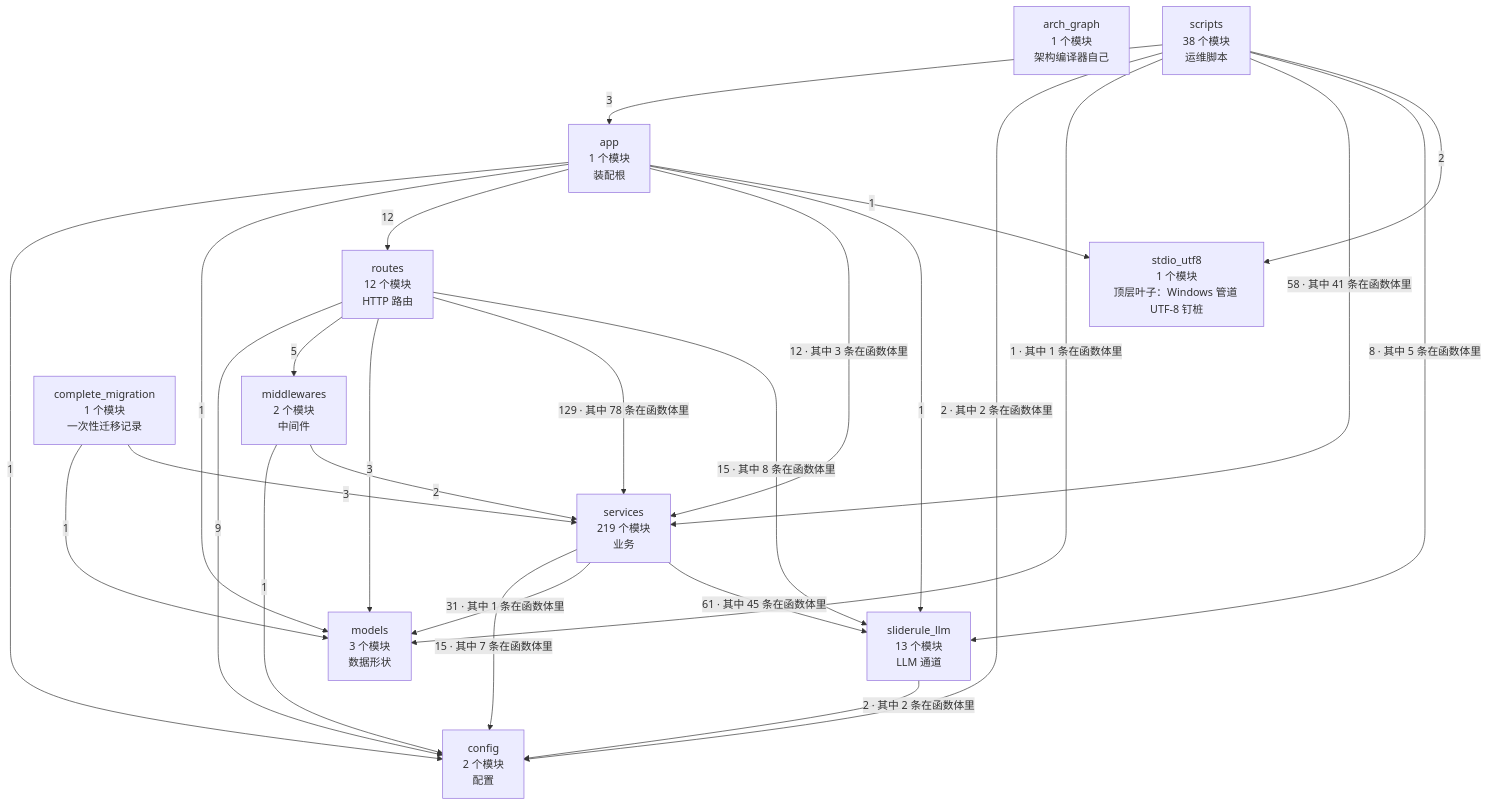
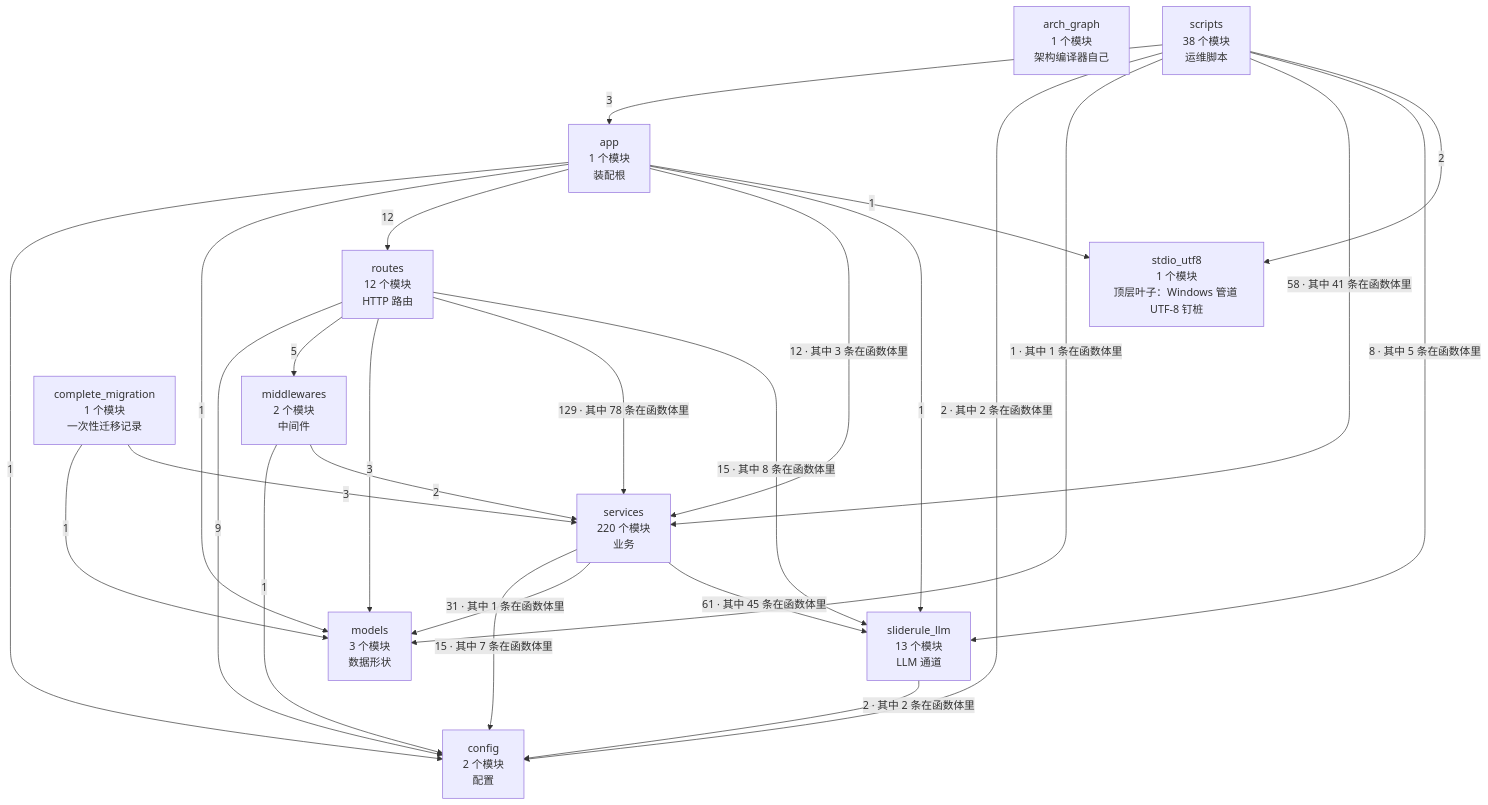
The second of 4 diagrams in docs/SlideRule V6.2 架构图（自动生成）.md (2686521696/WhyBuddy), drawn with Mermaid before and after one commit. The commit also changed other lines of this file and 7 other files, not shown here.

````diff
--- a/docs/SlideRule V6.2 架构图（自动生成）.md
+++ b/docs/SlideRule V6.2 架构图（自动生成）.md
@@ -60,39 +60,39 @@
 ```mermaid
 flowchart TB
   arch_graph["arch_graph<br/>1 个模块<br/>架构编译器自己"]
   config["config<br/>2 个模块<br/>配置"]
   models["models<br/>3 个模块<br/>数据形状"]
   stdio_utf8["stdio_utf8<br/>1 个模块<br/>顶层叶子：Windows 管道 UTF-8 钉桩"]
   sliderule_llm["sliderule_llm<br/>13 个模块<br/>LLM 通道"]
   middlewares["middlewares<br/>2 个模块<br/>中间件"]
-  services["services<br/>219 个模块<br/>业务"]
+  services["services<br/>220 个模块<br/>业务"]
   routes["routes<br/>12 个模块<br/>HTTP 路由"]
   app["app<br/>1 个模块<br/>装配根"]
   complete_migration["complete_migration<br/>1 个模块<br/>一次性迁移记录"]
   scripts["scripts<br/>38 个模块<br/>运维脚本"]
   app -->|1| config
   app -->|1| models
   app -->|12| routes
   app -->|12 · 其中 3 条在函数体里| services
   app -->|1| sliderule_llm
   app -->|1| stdio_utf8
   complete_migration -->|1| models
   complete_migration -->|3| services
   middlewares -->|1| config
   middlewares -->|2| services
   routes -->|9| config
   routes -->|5| middlewares
   routes -->|3| models
   routes -->|129 · 其中 78 条在函数体里| services
   routes -->|15 · 其中 8 条在函数体里| sliderule_llm
   scripts -->|3| app
   scripts -->|2 · 其中 2 条在函数体里| config
   scripts -->|1 · 其中 1 条在函数体里| models
   scripts -->|58 · 其中 41 条在函数体里| services
   scripts -->|8 · 其中 5 条在函数体里| sliderule_llm
   scripts -->|2| stdio_utf8
   services -->|15 · 其中 7 条在函数体里| config
   services -->|31 · 其中 1 条在函数体里| models
   services -->|61 · 其中 45 条在函数体里| sliderule_llm
   sliderule_llm -->|2 · 其中 2 条在函数体里| config
 ```
````
